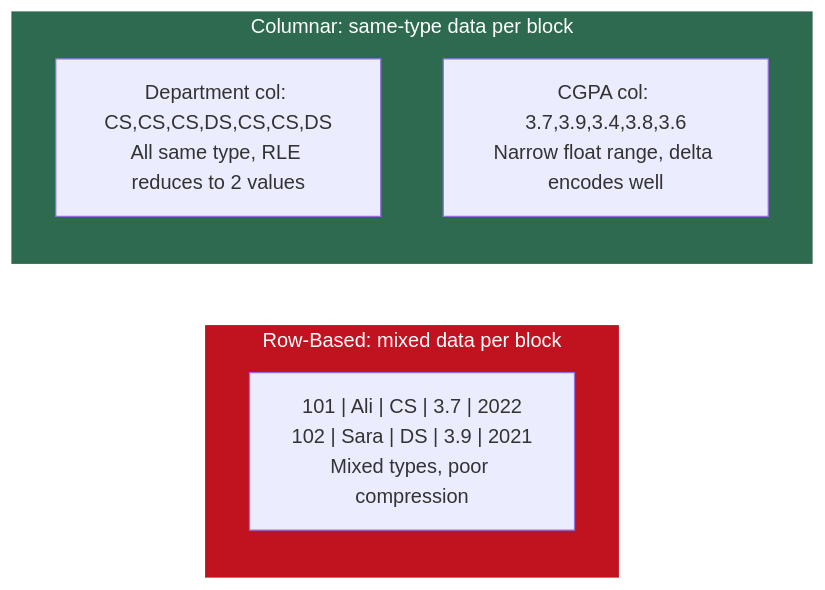
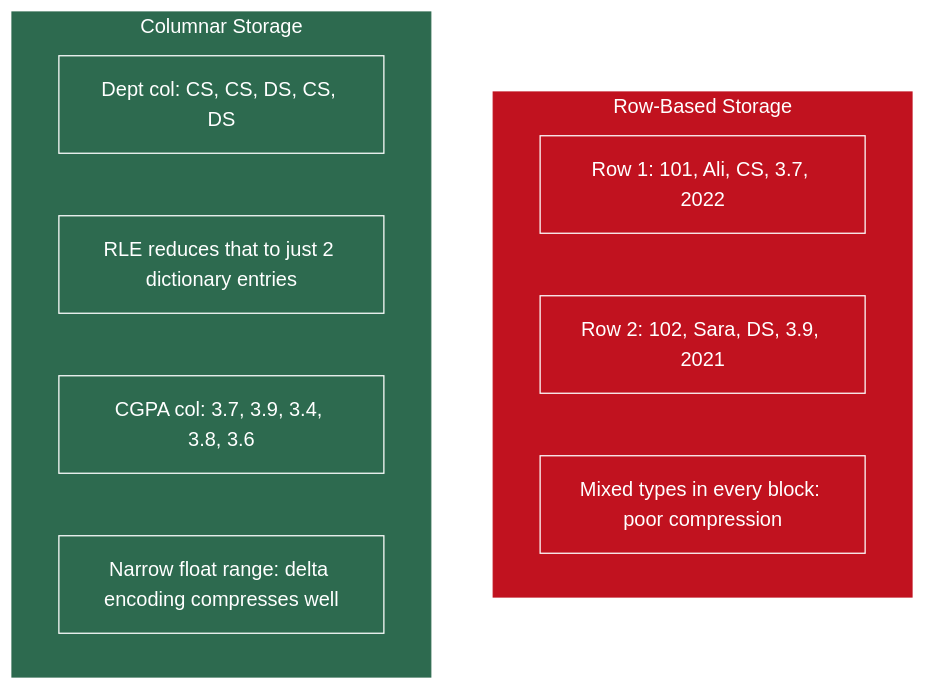
Diagram 13 of 15 in Week2/Lecture2_File_Formats.md (MuhammadTahaNasir/Big-Data-Analytics-Notes), drawn with Mermaid before and after one commit. The commit also changed other lines of this file, not shown here.

````diff
--- a/Week2/Lecture2_File_Formats.md
+++ b/Week2/Lecture2_File_Formats.md
@@ -476,13 +476,24 @@
 ```mermaid
-flowchart LR
-    subgraph ROW3[Row-Based: mixed data per block]
-        RD["101 | Ali | CS | 3.7 | 2022\n102 | Sara | DS | 3.9 | 2021\nMixed types, poor compression"]
+flowchart TD
+    subgraph ROW3[Row-Based Storage]
+        RD1[Row 1: 101, Ali, CS, 3.7, 2022]
+        RD2[Row 2: 102, Sara, DS, 3.9, 2021]
+        RD3[Mixed types in every block: poor compression]
     end
-    subgraph COL3[Columnar: same-type data per block]
-        CD1["Department col: CS,CS,CS,DS,CS,CS,DS\nAll same type, RLE reduces to 2 values"]
-        CD2["CGPA col: 3.7,3.9,3.4,3.8,3.6\nNarrow float range, delta encodes well"]
+    subgraph COL3[Columnar Storage]
+        CD1[Dept col: CS, CS, DS, CS, DS]
+        CD2[RLE reduces that to just 2 dictionary entries]
+        CD3[CGPA col: 3.7, 3.9, 3.4, 3.8, 3.6]
+        CD4[Narrow float range: delta encoding compresses well]
     end
 
     style ROW3 fill:#c1121f,color:#fff,stroke:#c1121f
     style COL3 fill:#2d6a4f,color:#fff,stroke:#2d6a4f
+    style RD1 fill:#c1121f,color:#fff,stroke:#fff
+    style RD2 fill:#c1121f,color:#fff,stroke:#fff
+    style RD3 fill:#c1121f,color:#fff,stroke:#fff
+    style CD1 fill:#2d6a4f,color:#fff,stroke:#fff
+    style CD2 fill:#2d6a4f,color:#fff,stroke:#fff
+    style CD3 fill:#2d6a4f,color:#fff,stroke:#fff
+    style CD4 fill:#2d6a4f,color:#fff,stroke:#fff
 ```
````
